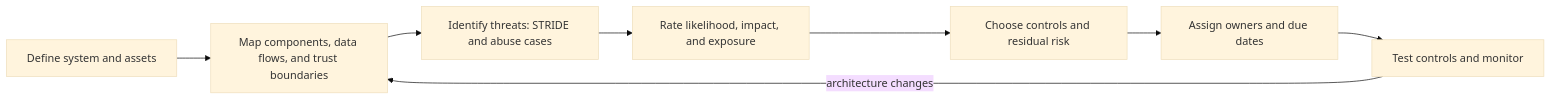
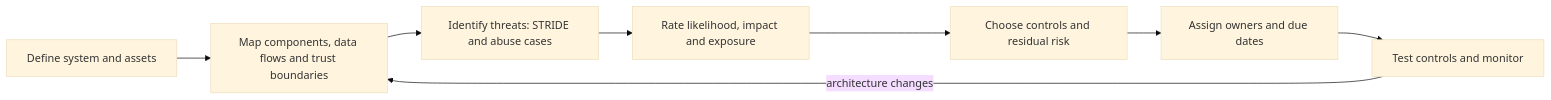
The second of 3 diagrams in topics/security-architecture.md (M-Ragunath/software-architecture-patterns), drawn with Mermaid (base theme) before and after one commit. The commit also changed other lines of this file and 12 other files, not shown here.

````diff
--- a/topics/security-architecture.md
+++ b/topics/security-architecture.md
@@ -129,10 +129,10 @@
 ```mermaid
 flowchart LR
-  Scope[Define system and assets] --> Diagram[Map components, data flows, and trust boundaries]
+  Scope[Define system and assets] --> Diagram[Map components, data flows and trust boundaries]
   Diagram --> Threats[Identify threats: STRIDE and abuse cases]
-  Threats --> Risk[Rate likelihood, impact, and exposure]
+  Threats --> Risk[Rate likelihood, impact and exposure]
   Risk --> Mitigations[Choose controls and residual risk]
   Mitigations --> Owners[Assign owners and due dates]
   Owners --> Verify[Test controls and monitor]
   Verify -->|architecture changes| Diagram
 ```
````
